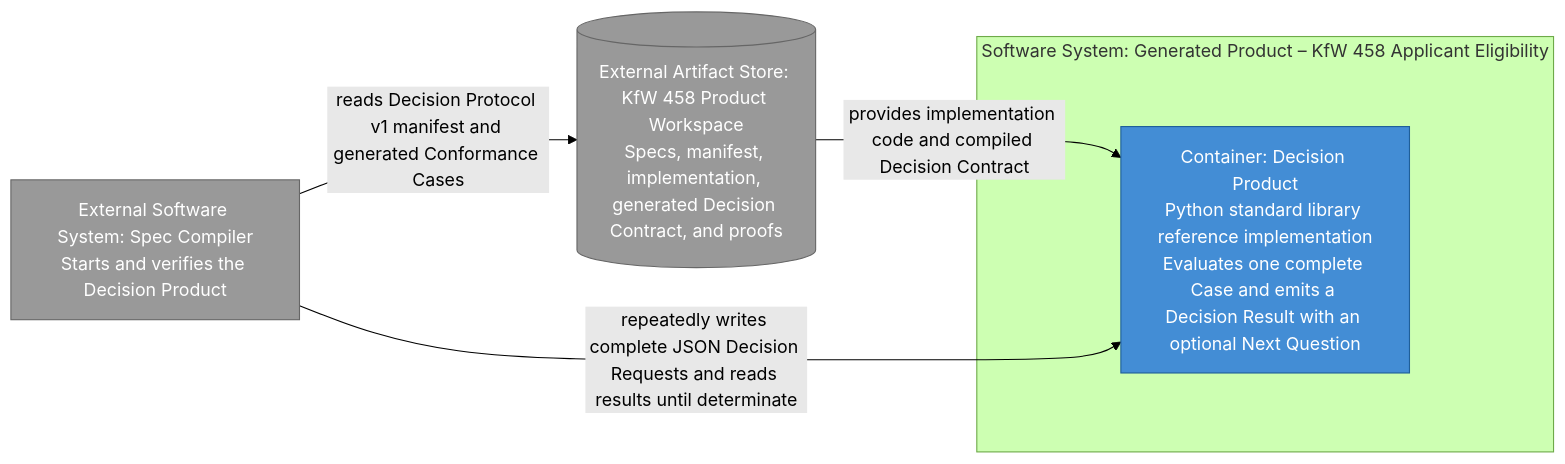
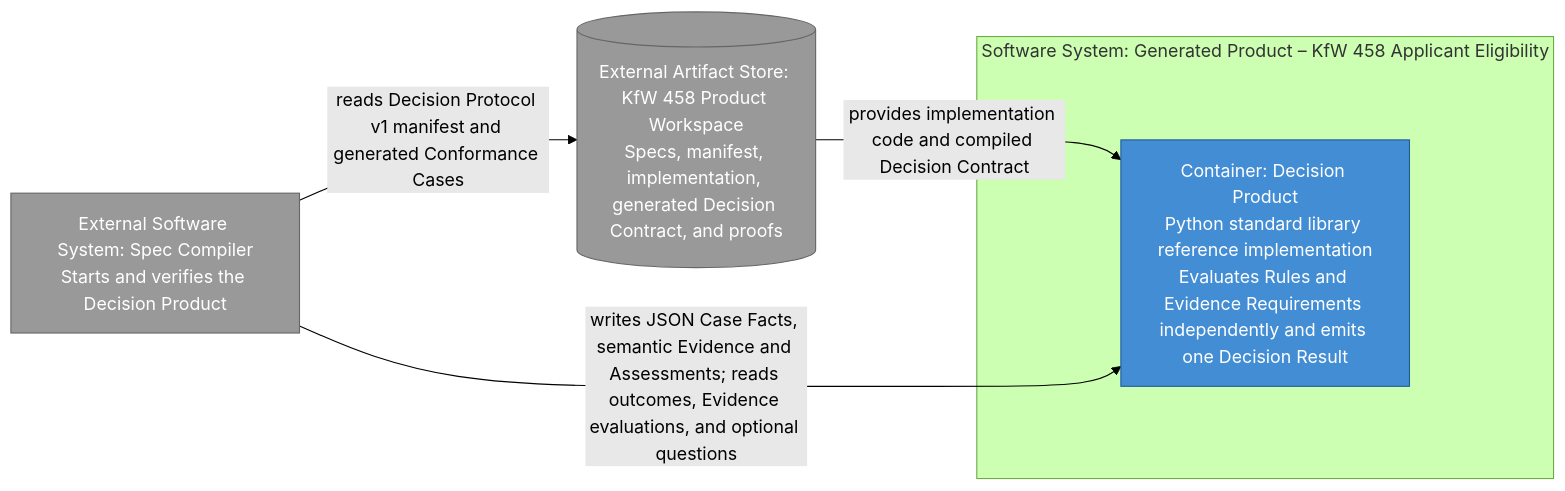
Before and after one commit to arturmiller/spec-compiler: the fourth of 6 diagrams in docs/architecture/c4.md, drawn with Mermaid (forest theme). The commit also changed other lines of this file and 22 other files, not shown here.

````diff
--- a/docs/architecture/c4.md
+++ b/docs/architecture/c4.md
@@ -181,18 +181,18 @@
 ```mermaid
 flowchart LR
     harness["External Software System: Spec Compiler<br/>Starts and verifies the Decision Product"]
     workspace[("External Artifact Store: KfW 458 Product Workspace<br/>Specs, manifest, implementation, generated Decision Contract, and proofs")]
 
     subgraph product_boundary["Software System: Generated Product – KfW 458 Applicant Eligibility"]
-        decision_product["Container: Decision Product<br/>Python standard library reference implementation<br/>Evaluates one complete Case and emits a Decision Result with an optional Next Question"]
+        decision_product["Container: Decision Product<br/>Python standard library reference implementation<br/>Evaluates Rules and Evidence Requirements independently and emits one Decision Result"]
     end
 
     harness -->|"reads Decision Protocol v1 manifest and generated Conformance Cases"| workspace
     workspace -->|"provides implementation code and compiled Decision Contract"| decision_product
-    harness -->|"repeatedly writes complete JSON Decision Requests and reads results until determinate"| decision_product
+    harness -->|"writes JSON Case Facts, semantic Evidence and Assessments; reads outcomes, Evidence evaluations, and optional questions"| decision_product
 
     classDef container fill:#438dd5,stroke:#1f5f99,color:#fff;
     classDef external fill:#999,stroke:#666,color:#fff;
     class decision_product container;
     class harness,workspace external;
 ```
````
